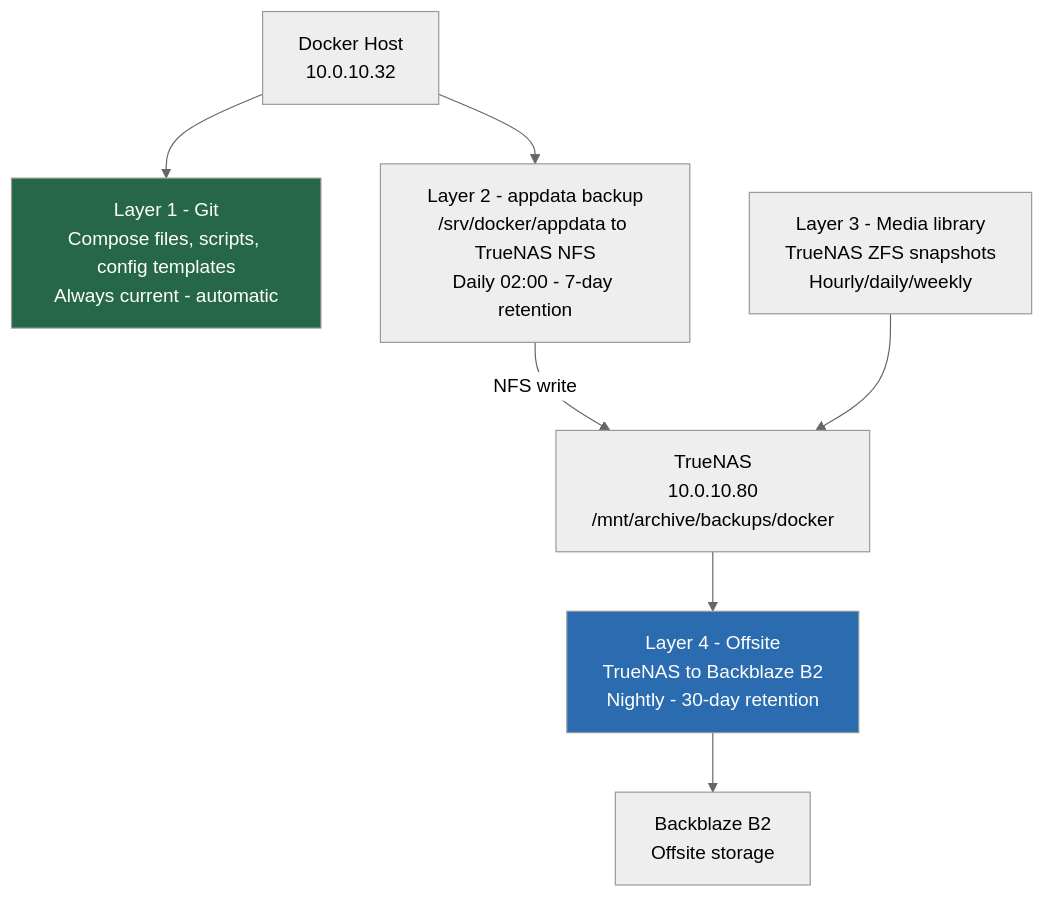
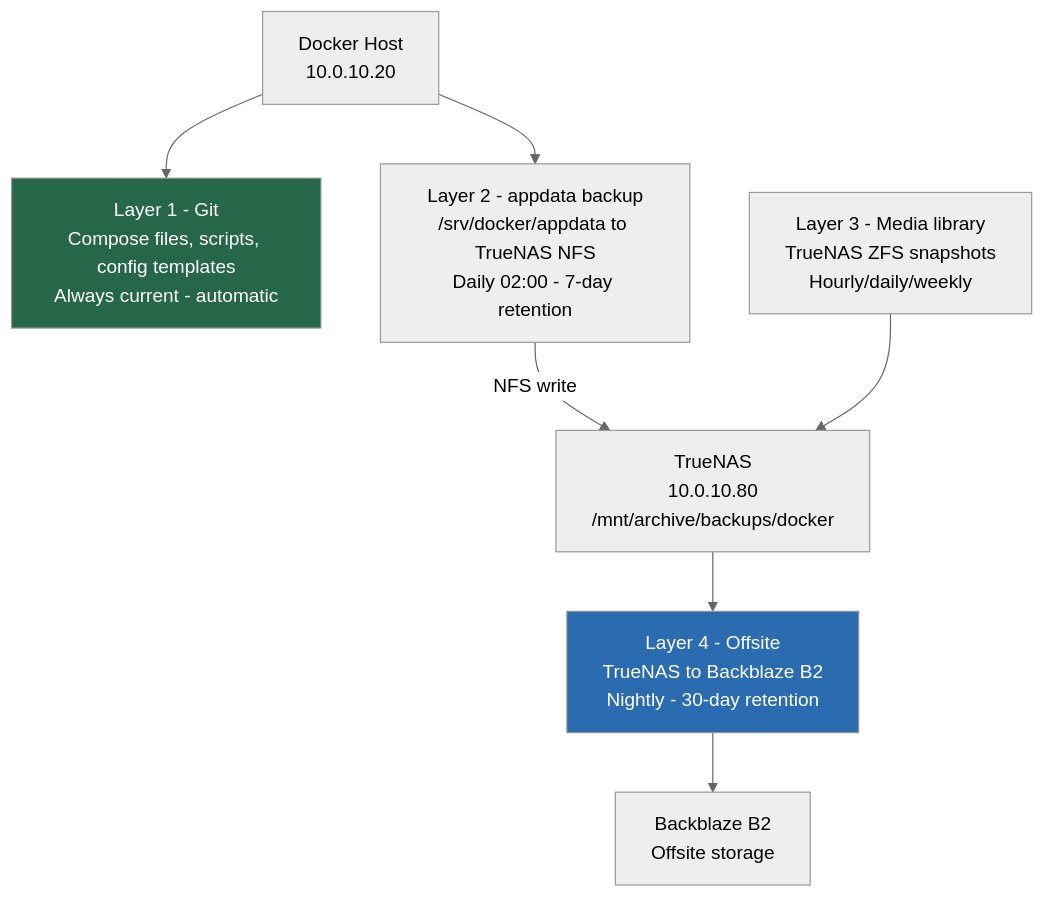
One commit to Kagiso-me/homelab-infrastructure changed the first of 2 diagrams in docker/docs/05_backups_and_disaster_recovery.md. Above: the diagram before and after it, drawn with Mermaid (neutral theme). The commit also changed other lines of this file and 46 other files, not shown here.

Commit message:
Retire Raspberry Pi backup guide and transition to varys for key material backup; update TrueNAS documentation for storage architecture; add disaster recovery game day runbook; implement baseline network policies for production namespaces; introduce varys control hub documentation and backup script.

````diff
--- a/docker/docs/05_backups_and_disaster_recovery.md
+++ b/docker/docs/05_backups_and_disaster_recovery.md
@@ -19,17 +19,17 @@
 ```mermaid
 graph TD
     L1["Layer 1 - Git\nCompose files, scripts, config templates\nAlways current - automatic"]
     L2["Layer 2 - appdata backup\n/srv/docker/appdata to TrueNAS NFS\nDaily 02:00 - 7-day retention"]
     L3["Layer 3 - Media library\nTrueNAS ZFS snapshots\nHourly/daily/weekly"]
     L4["Layer 4 - Offsite\nTrueNAS to Backblaze B2\nNightly - 30-day retention"]
 
-    DockerHost["Docker Host\n10.0.10.32"] --> L1
+    DockerHost["Docker Host\n10.0.10.20"] --> L1
     DockerHost --> L2
     L2 -->|"NFS write"| TrueNAS["TrueNAS\n10.0.10.80\n/mnt/archive/backups/docker"]
     L3 --> TrueNAS
     TrueNAS --> L4
     L4 --> B2["Backblaze B2\nOffsite storage"]
 
     style L1 fill:#276749,color:#fff
     style L4 fill:#2b6cb0,color:#fff
 ```
````
